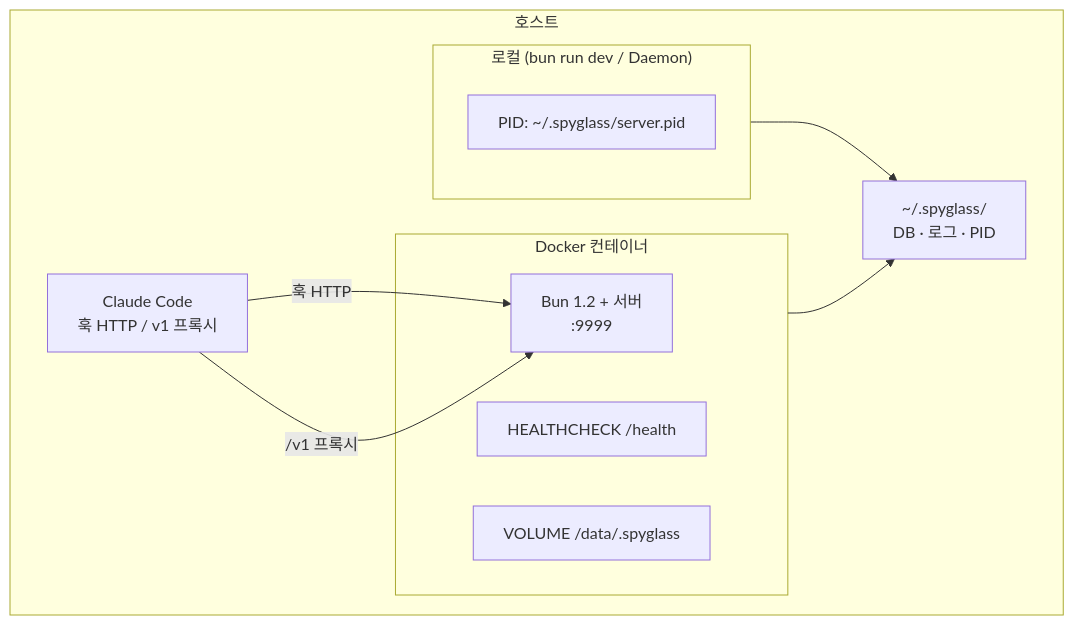
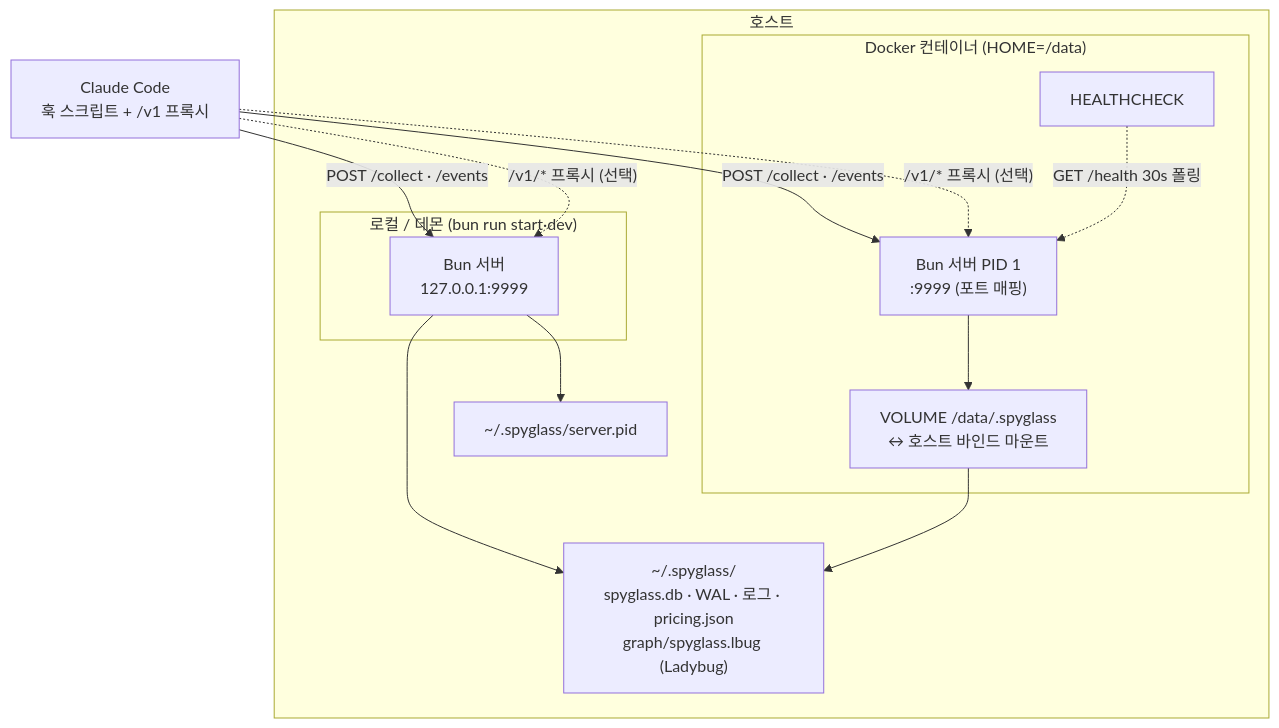
Before and after one commit to gmoon92/claude-spyglass: the diagram in docs/architecture/deployment.md, drawn with Mermaid. The commit also changed other lines of this file and 23 other files, not shown here.

First line of the commit message:
docs(architecture): 아키텍처 문서·README 소스 기준 현행화

````diff
--- a/docs/architecture/deployment.md
+++ b/docs/architecture/deployment.md
@@ -41,20 +42,27 @@
 ```mermaid
 graph TD
+    CC["Claude Code<br/>훅 스크립트 + /v1 프록시"]
+
     subgraph 호스트
-        CC["Claude Code\n훅 HTTP / v1 프록시"]
-        subgraph 로컬["로컬 (bun run dev / Daemon)"]
-            PID["PID: ~/.spyglass/server.pid"]
+        subgraph 로컬["로컬 / 데몬 (bun run start·dev)"]
+            LSRV["Bun 서버<br/>127.0.0.1:9999"]
         end
-        subgraph Docker["Docker 컨테이너"]
-            SRV["Bun 1.2 + 서버\n:9999"]
-            HC["HEALTHCHECK /health"]
-            VOL["VOLUME /data/.spyglass"]
+        subgraph DK["Docker 컨테이너 (HOME=/data)"]
+            DSRV["Bun 서버 PID 1<br/>:9999 (포트 매핑)"]
+            HC["HEALTHCHECK"]
+            VOL["VOLUME /data/.spyglass<br/>↔ 호스트 바인드 마운트"]
         end
-        DATA["~/.spyglass/\nDB · 로그 · PID"]
+        DATA["~/.spyglass/<br/>spyglass.db · WAL · 로그 · pricing.json<br/>graph/spyglass.lbug (Ladybug)"]
+        PID["~/.spyglass/server.pid"]
     end
 
-    CC -->|"훅 HTTP"| SRV
-    CC -->|"/v1 프록시"| SRV
-    로컬 --> DATA
-    Docker --> DATA
+    CC -->|"POST /collect · /events"| LSRV
+    CC -->|"POST /collect · /events"| DSRV
+    CC -.->|"/v1/* 프록시 (선택)"| LSRV
+    CC -.->|"/v1/* 프록시 (선택)"| DSRV
+    HC -.->|"GET /health 30s 폴링"| DSRV
+    LSRV --> DATA
+    LSRV --> PID
+    DSRV --> VOL
+    VOL --> DATA
 ```
````
